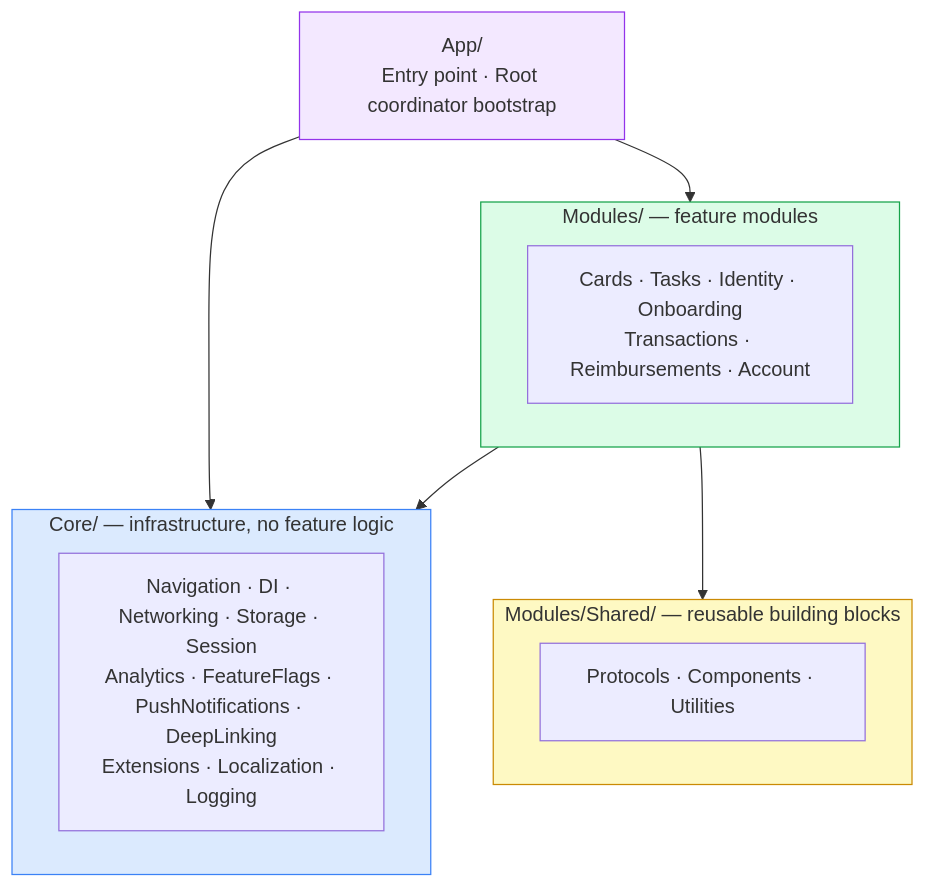
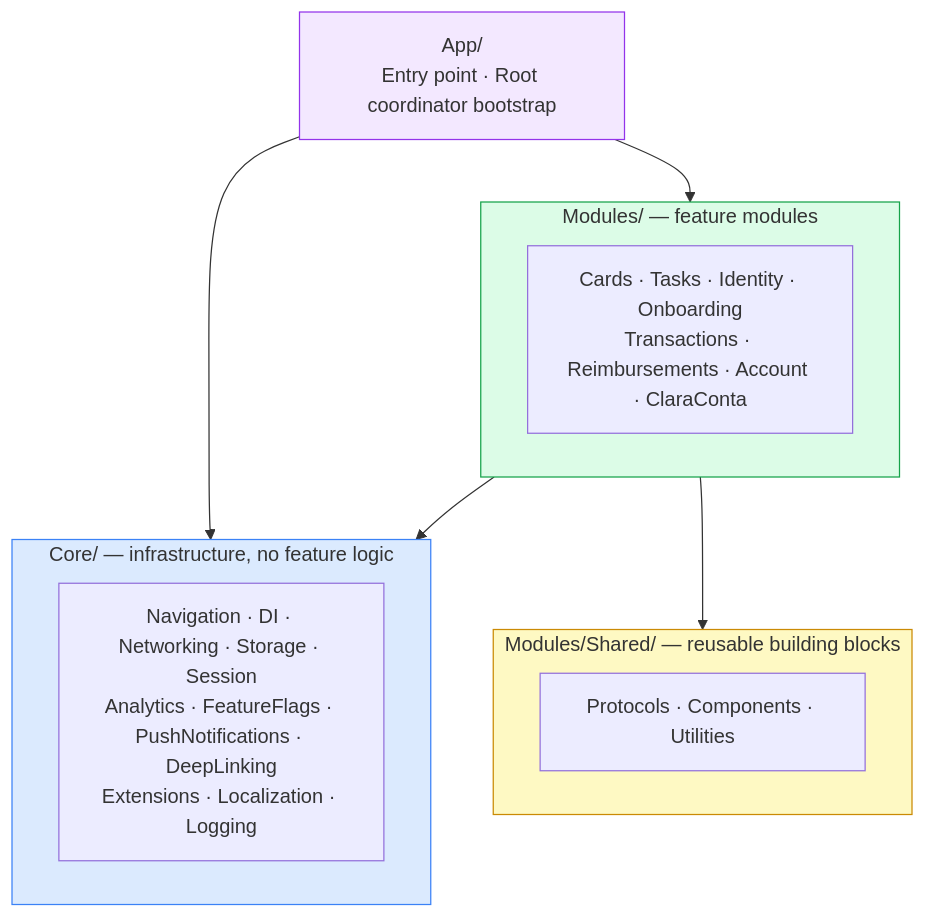
Before and after one commit to ceciliacastillo2/ios-platform-playbook: the first of 3 diagrams in architecture/diagrams/folder-structure.md, drawn with Mermaid. The commit also changed other lines of this file and 12 other files, not shown here.

First line of the commit message:
docs: add ClaraConta, adoption scorecard, and CI target architecture

````diff
--- a/architecture/diagrams/folder-structure.md
+++ b/architecture/diagrams/folder-structure.md
@@ -23,26 +26,26 @@
 ```mermaid
 graph TB
   APP["App/\nEntry point · Root coordinator bootstrap"]
 
   subgraph CORE["Core/  —  infrastructure, no feature logic"]
     CORE_D["Navigation · DI · Networking · Storage · Session\nAnalytics · FeatureFlags · PushNotifications · DeepLinking\nExtensions · Localization · Logging"]
   end
 
   subgraph SHARED["Modules/Shared/  —  reusable building blocks"]
     SHARED_D["Protocols · Components · Utilities"]
   end
 
   subgraph MODULES["Modules/  —  feature modules"]
-    MOD_D["Cards · Tasks · Identity · Onboarding\nTransactions · Reimbursements · Account"]
+    MOD_D["Cards · Tasks · Identity · Onboarding\nTransactions · Reimbursements · Account · ClaraConta"]
   end
 
   APP --> CORE
   APP --> MODULES
   MODULES --> CORE
   MODULES --> SHARED
 
   style CORE fill:#dbeafe,stroke:#3b82f6
   style SHARED fill:#fef9c3,stroke:#ca8a04
   style MODULES fill:#dcfce7,stroke:#16a34a
   style APP fill:#f3e8ff,stroke:#9333ea
 ```
````
